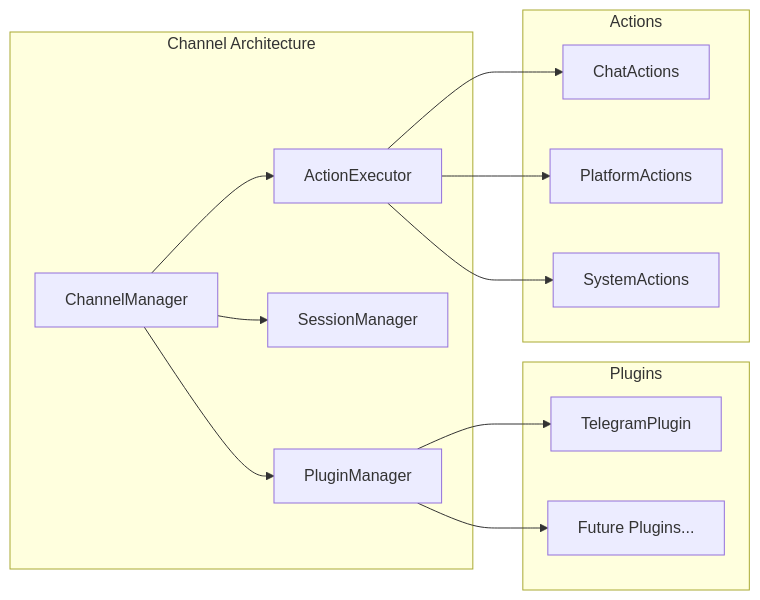
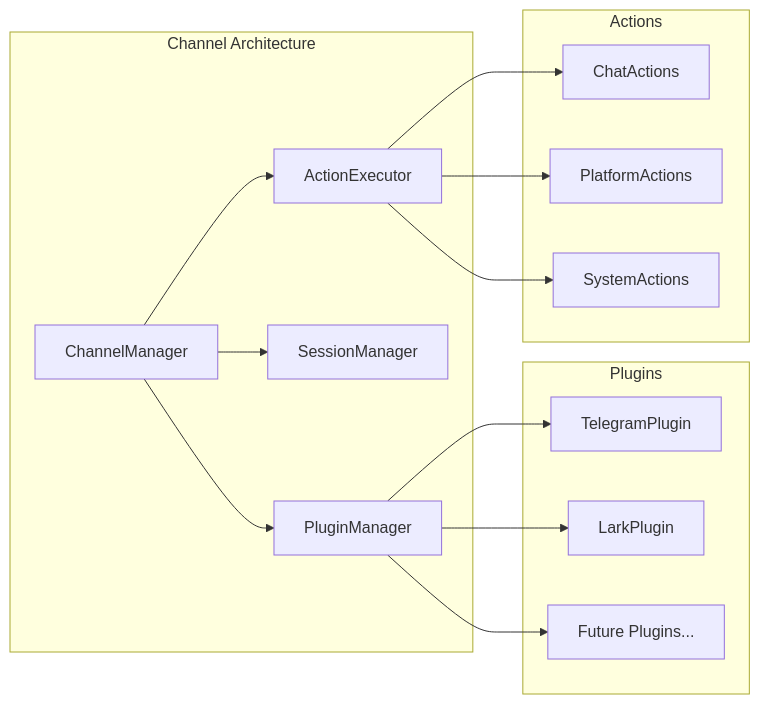
The fourth of 9 diagrams in docs/architecture/ARCHITECTURE.md (jrmatherly/aionui), drawn with Mermaid before and after one commit. The commit also changed other lines of this file and 5 other files, not shown here.

Commit message:
feat: Update database schema to v18, introduce new logging configuration and global model group tables, enhance developer logging guide, add new documentation, and integrate Lark bot.

````diff
--- a/docs/architecture/ARCHITECTURE.md
+++ b/docs/architecture/ARCHITECTURE.md
@@ -150,29 +152,31 @@
 ```mermaid
 graph LR
     subgraph "Channel Architecture"
         CM[ChannelManager]
         PM[PluginManager]
         SM[SessionManager]
         AE[ActionExecutor]
     end
 
     subgraph "Plugins"
         TP[TelegramPlugin]
+        LP[LarkPlugin]
         FP[Future Plugins...]
     end
 
     subgraph "Actions"
         CA[ChatActions]
         PA[PlatformActions]
         SA[SystemActions]
     end
 
     CM --> PM
     CM --> SM
     CM --> AE
     PM --> TP
+    PM --> LP
     PM --> FP
     AE --> CA
     AE --> PA
     AE --> SA
 ```
````
